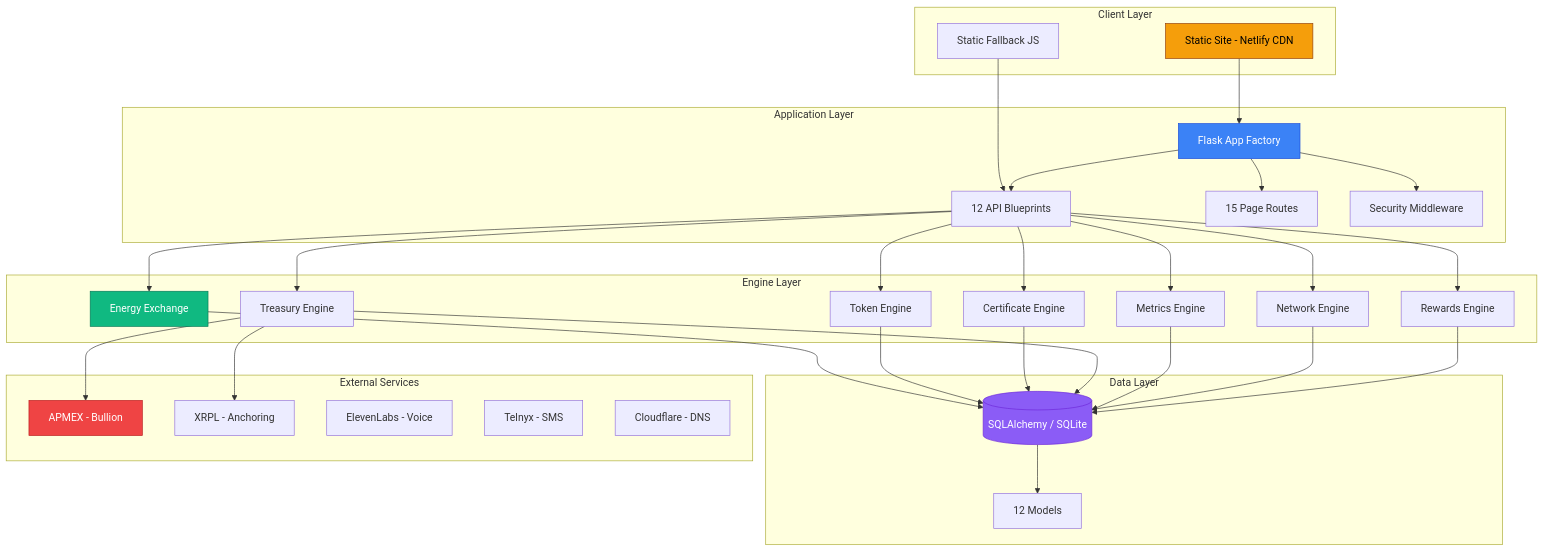
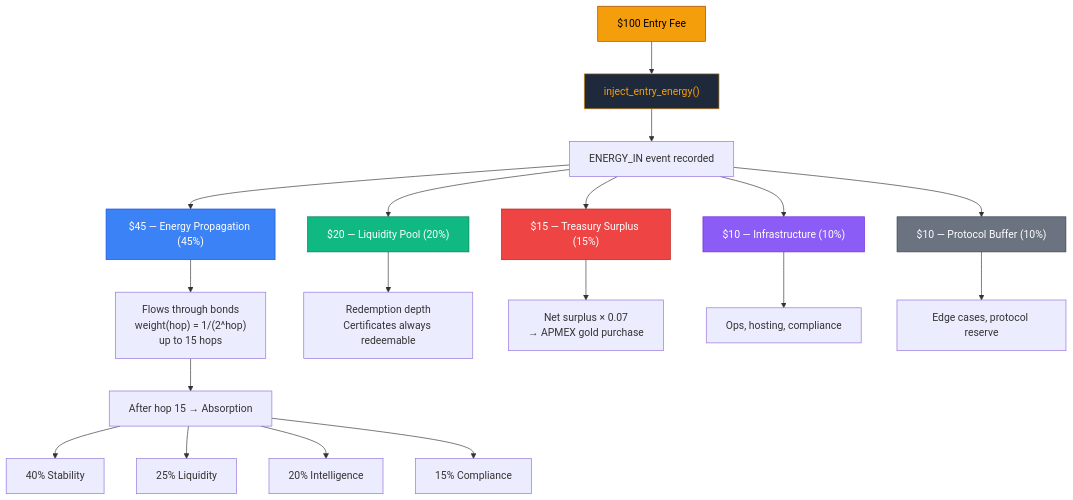
One commit to unykornai/Helios changed the second of 13 diagrams in README.md. Above: the diagram before and after it, drawn with Mermaid. The commit also changed other lines of this file, not shown here.

Commit message:
README v2  Power of 5, 4 state machines, neural lattice, cryptographic addressing, conservation law, RRR covenant, 15 Mermaid diagrams

````diff
--- a/README.md
+++ b/README.md
@@ -80,52 +233,29 @@
 ```mermaid
-graph TB
-    subgraph "Client Layer"
-        A[Static Site - Netlify CDN]
-        B[Static Fallback JS]
-    end
+flowchart TD
+    A["$100 Entry Fee"] --> B["inject_entry_energy()"]
+    B --> C["ENERGY_IN event recorded"]
+    C --> D["$45 — Energy Propagation (45%)"]
+    C --> E["$20 — Liquidity Pool (20%)"]
+    C --> F["$15 — Treasury Surplus (15%)"]
+    C --> G["$10 — Infrastructure (10%)"]
+    C --> H["$10 — Protocol Buffer (10%)"]
+    D --> I["Flows through bonds\nweight(hop) = 1/(2^hop)\nup to 15 hops"]
+    E --> J["Redemption depth\nCertificates always redeemable"]
+    F --> K["Net surplus × 0.07\n→ APMEX gold purchase"]
+    G --> L["Ops, hosting, compliance"]
+    H --> M["Edge cases, protocol reserve"]
 
-    subgraph "Application Layer"
-        C[Flask App Factory]
-        D[12 API Blueprints]
-        E[15 Page Routes]
-        F[Security Middleware]
-    end
+    I --> N["After hop 15 → Absorption"]
+    N --> O["40% Stability"]
+    N --> P["25% Liquidity"]
+    N --> Q["20% Intelligence"]
+    N --> R["15% Compliance"]
 
-    subgraph "Engine Layer"
-        G[Energy Exchange]
-        H[Token Engine]
-        I[Certificate Engine]
-        J[Treasury Engine]
-        K[Metrics Engine]
-        L[Network Engine]
-        M[Rewards Engine]
-    end
-
-    subgraph "Data Layer"
-        N[(SQLAlchemy / SQLite)]
-        O[12 Models]
-    end
-
-    subgraph "External Services"
-        P[APMEX - Bullion]
-        Q[XRPL - Anchoring]
-        R[ElevenLabs - Voice]
-        S[Telnyx - SMS]
-        T[Cloudflare - DNS]
-    end
-
-    A --> C
-    B --> D
-    C --> D
-    C --> E
-    C --> F
-    D --> G & H & I & J & K & L & M
-    G & H & I & J & K & L & M --> N
-    N --> O
-    J --> P & Q
     style A fill:#f59e0b,stroke:#92400e,color:#000
-    style C fill:#3b82f6,stroke:#1d4ed8,color:#fff
-    style G fill:#10b981,stroke:#047857,color:#fff
-    style N fill:#8b5cf6,stroke:#6d28d9,color:#fff
-    style P fill:#ef4444,stroke:#b91c1c,color:#fff
+    style B fill:#1e293b,stroke:#f59e0b,color:#f59e0b
+    style D fill:#3b82f6,stroke:#1d4ed8,color:#fff
+    style E fill:#10b981,stroke:#047857,color:#fff
+    style F fill:#ef4444,stroke:#b91c1c,color:#fff
+    style G fill:#8b5cf6,stroke:#6d28d9,color:#fff
+    style H fill:#6b7280,stroke:#374151,color:#fff
 ```
````
